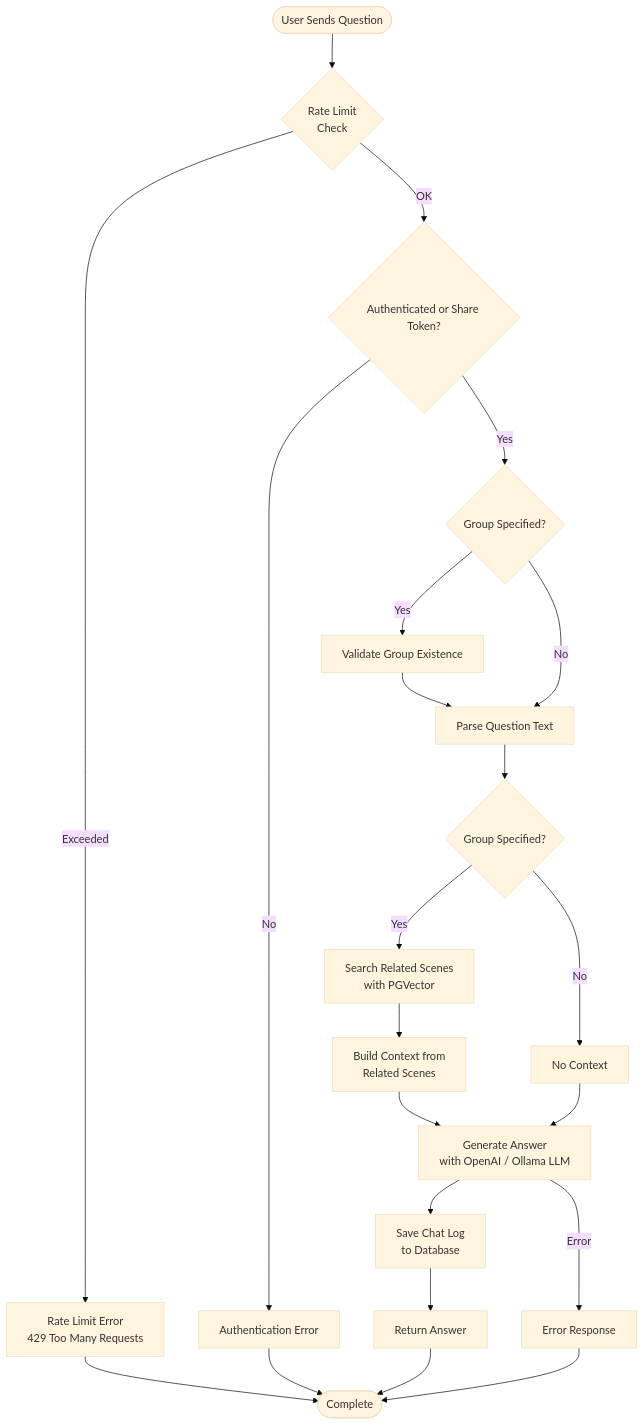
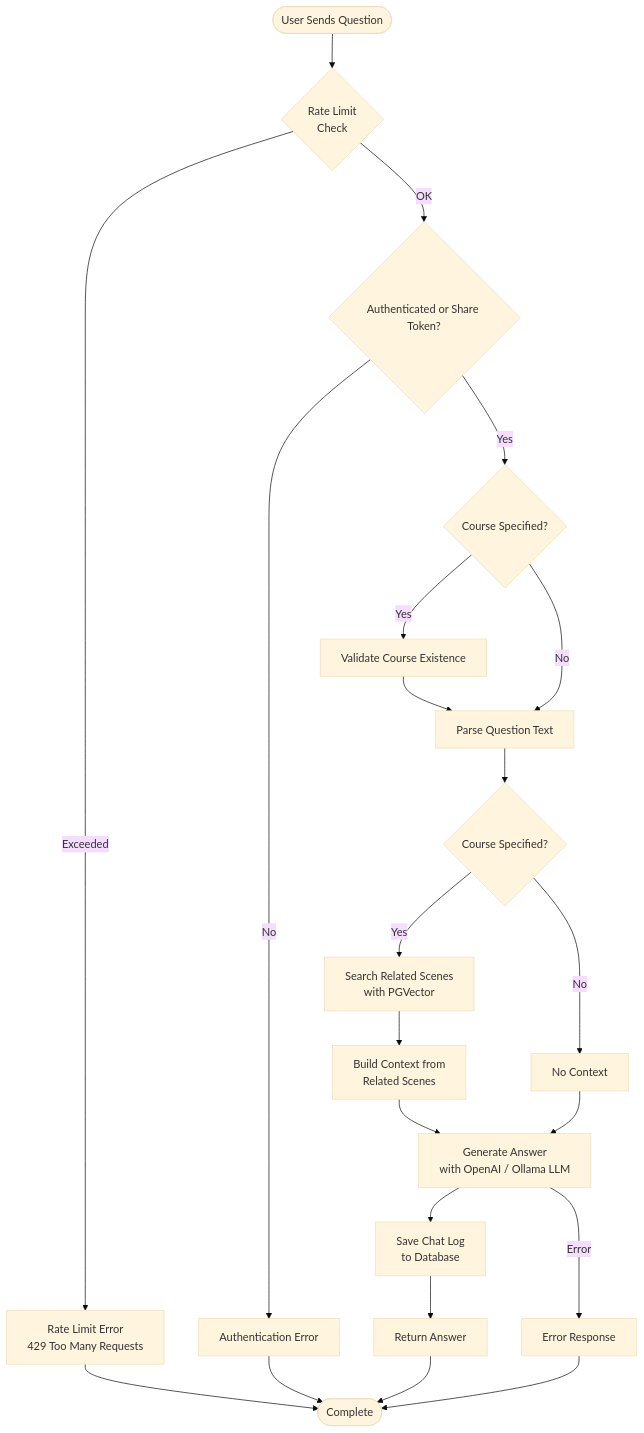
The second of 8 diagrams in docs/requirements/activity-diagram.md (yukiharada1228/videoq), drawn with Mermaid (base theme) before and after one commit. The commit also changed other lines of this file and 140 other files, not shown here.

````diff
--- a/docs/requirements/activity-diagram.md
+++ b/docs/requirements/activity-diagram.md
@@ -52,29 +52,29 @@
 ```mermaid
 flowchart TD
     Start([User Sends Question]) --> RateLimit{"Rate Limit<br>Check"}
     RateLimit -->|Exceeded| ErrorRateLimit[Rate Limit Error<br/>429 Too Many Requests]
     ErrorRateLimit --> End
     RateLimit -->|OK| Auth{Authenticated or Share Token?}
     Auth -->|No| Error1[Authentication Error]
-    Auth -->|Yes| GetGroup{Group Specified?}
+    Auth -->|Yes| GetCourse{Course Specified?}
     
-    GetGroup -->|Yes| ValidateGroup[Validate Group Existence]
-    GetGroup -->|No| ParseQuery[Parse Question Text]
+    GetCourse -->|Yes| ValidateGroup[Validate Course Existence]
+    GetCourse -->|No| ParseQuery[Parse Question Text]
     ValidateGroup --> ParseQuery
-    ParseQuery --> VectorSearch{Group Specified?}
+    ParseQuery --> VectorSearch{Course Specified?}
     
     VectorSearch -->|Yes| SearchVectors[Search Related Scenes<br/>with PGVector]
     VectorSearch -->|No| NoContext[No Context]
     
     SearchVectors --> BuildContext[Build Context from<br/>Related Scenes]
     BuildContext --> CallLLM[Generate Answer<br/>with OpenAI / Ollama LLM]
     NoContext --> CallLLM
     
     CallLLM --> SaveLog[Save Chat Log<br/>to Database]
     SaveLog --> ReturnAnswer[Return Answer]
     ReturnAnswer --> End([Complete])
 
     Error1 --> End
     CallLLM -->|Error| Error2[Error Response]
     Error2 --> End
 ```
````
